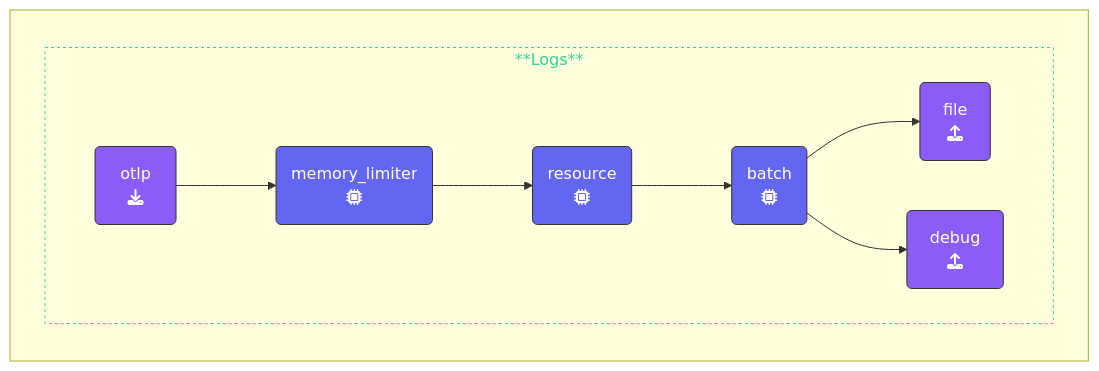
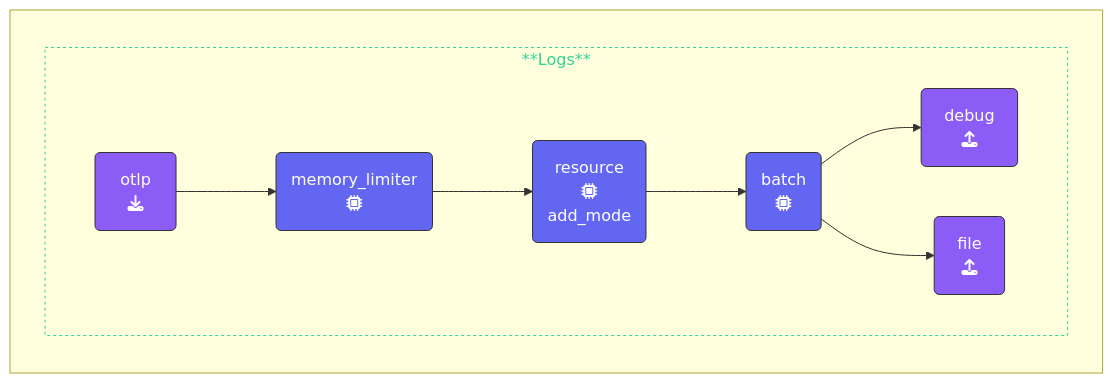
Before and after one commit to splunk/observability-workshop: the diagram in content/en/ninja-workshops/10-advanced-otel/2-gateway/_index.md, drawn with Mermaid. The commit also changed other lines of this file and 1 other file, not shown here.

````diff
--- a/content/en/ninja-workshops/10-advanced-otel/2-gateway/_index.md
+++ b/content/en/ninja-workshops/10-advanced-otel/2-gateway/_index.md
@@ -106,27 +112,27 @@
 ```mermaid
 %%{init:{"fontFamily":"monospace"}}%%
 graph LR
     %% Nodes
       REC1(&nbsp;&nbsp;otlp&nbsp;&nbsp;<br>fa:fa-download):::receiver
       PRO1(memory_limiter<br>fa:fa-microchip):::processor
-      PRO2(resource<br>fa:fa-microchip):::processor
+      PRO2(resource<br>fa:fa-microchip<br>add_mode):::processor
       PRO3(batch<br>fa:fa-microchip):::processor
       EXP1(&ensp;file&ensp;<br>fa:fa-upload):::exporter
       EXP2(&ensp;debug&ensp;<br>fa:fa-upload):::exporter
     %% Links
     subID1:::sub-logs
     subgraph " "
       subgraph subID1[**Logs**]
       direction LR
       REC1 --> PRO1
       PRO1 --> PRO2
       PRO2 --> PRO3
+      PRO3 --> EXP2
       PRO3 --> EXP1
-      PRO3 --> EXP2
       end
     end
 classDef receiver,exporter fill:#8b5cf6,stroke:#333,stroke-width:1px,color:#fff;
 classDef processor fill:#6366f1,stroke:#333,stroke-width:1px,color:#fff;
 classDef con-receive,con-export fill:#45c175,stroke:#333,stroke-width:1px,color:#fff;
 classDef sub-logs stroke:#34d399,stroke-width:1px, color:#34d399,stroke-dasharray: 3 3;
 ```
````
